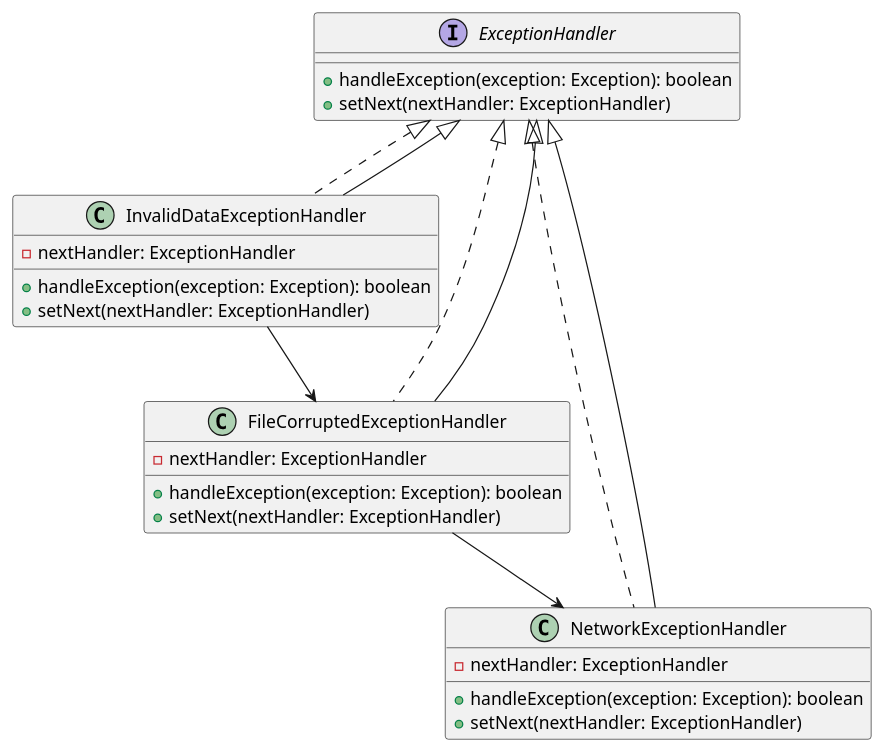
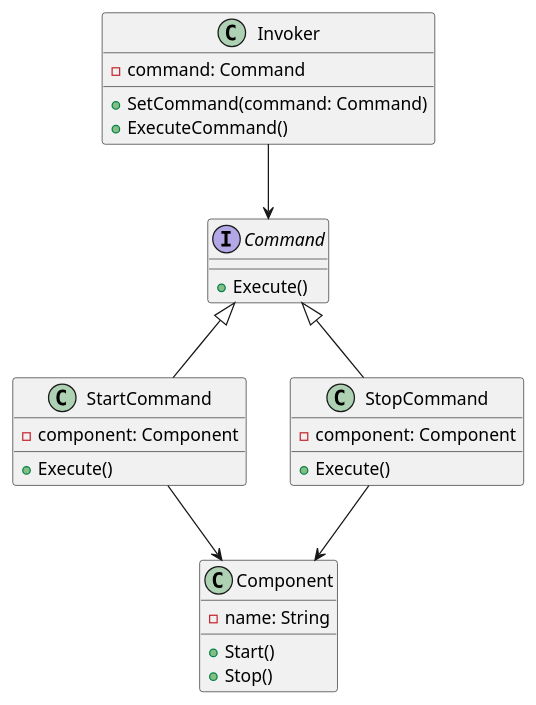
The diagram in klassifikaciya-patternov/povedencheskie-patterny-behavioral-patterns/komanda-command/primery/upravlenie-sostoyaniem-prilozheniya/go.md (andrewovchinnikov/design-patterns), drawn with PlantUML before and after one commit. The commit also changed other lines of this file and 5 other files, not shown here.

````diff
--- a/klassifikaciya-patternov/povedencheskie-patterny-behavioral-patterns/komanda-command/primery/upravlenie-sostoyaniem-prilozheniya/go.md
+++ b/klassifikaciya-patternov/povedencheskie-patterny-behavioral-patterns/komanda-command/primery/upravlenie-sostoyaniem-prilozheniya/go.md
@@ -14,32 +124,35 @@
 ```plantuml
 @startuml
-interface ExceptionHandler {
-    +handleException(exception: Exception): boolean
-    +setNext(nextHandler: ExceptionHandler)
+interface Command {
+    +Execute()
 }
 
-class InvalidDataExceptionHandler implements ExceptionHandler {
-    -nextHandler: ExceptionHandler
-    +handleException(exception: Exception): boolean
-    +setNext(nextHandler: ExceptionHandler)
+class StartCommand {
+    -component: Component
+    +Execute()
 }
 
-class FileCorruptedExceptionHandler implements ExceptionHandler {
-    -nextHandler: ExceptionHandler
-    +handleException(exception: Exception): boolean
-    +setNext(nextHandler: ExceptionHandler)
+class StopCommand {
+    -component: Component
+    +Execute()
 }
 
-class NetworkExceptionHandler implements ExceptionHandler {
-    -nextHandler: ExceptionHandler
-    +handleException(exception: Exception): boolean
-    +setNext(nextHandler: ExceptionHandler)
+class Component {
+    -name: String
+    +Start()
+    +Stop()
 }
 
-ExceptionHandler <|-- InvalidDataExceptionHandler
-ExceptionHandler <|-- FileCorruptedExceptionHandler
-ExceptionHandler <|-- NetworkExceptionHandler
-InvalidDataExceptionHandler --> FileCorruptedExceptionHandler
-FileCorruptedExceptionHandler --> NetworkExceptionHandler
+class Invoker {
+    -command: Command
+    +SetCommand(command: Command)
+    +ExecuteCommand()
+}
+
+Command <|-- StartCommand
+Command <|-- StopCommand
+StartCommand --> Component
+StopCommand --> Component
+Invoker --> Command
 @enduml
 ```
````
